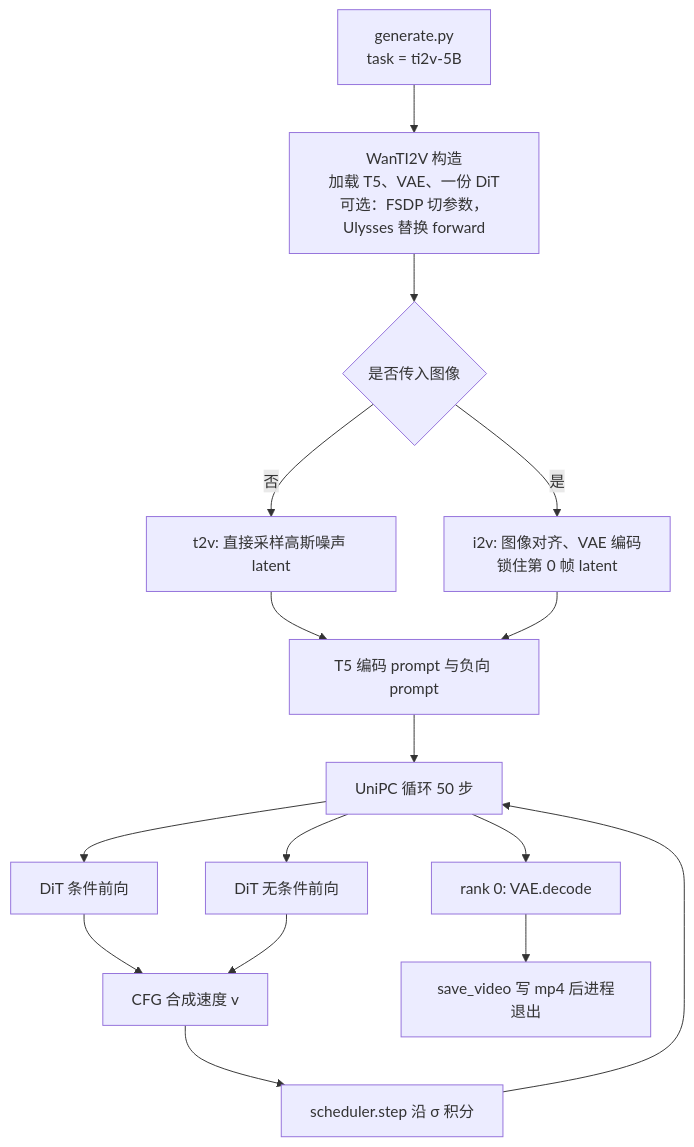
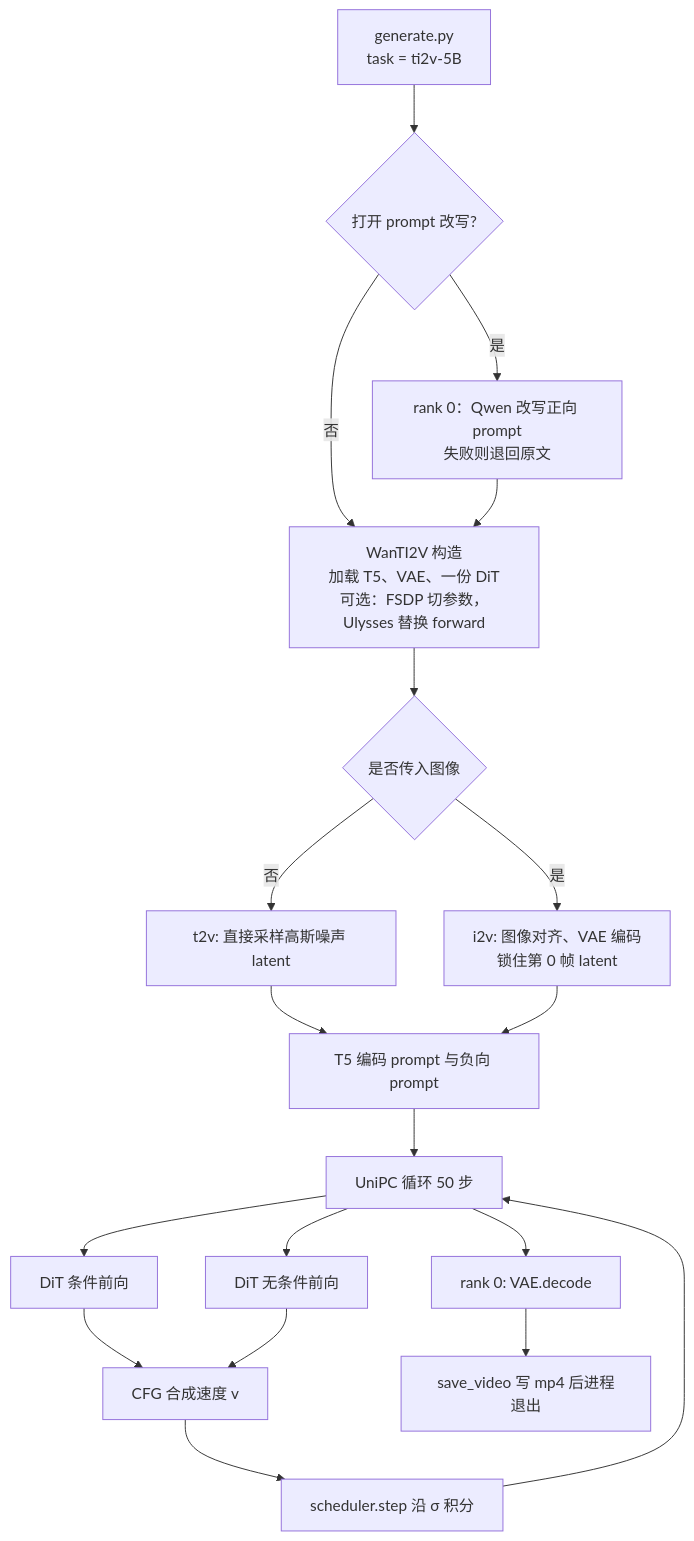
Before and after one commit to zhzssp/Wan2.2: the diagram in docs/ti2v_5b_inference.md, drawn with Mermaid. The commit also changed other lines of this file and 2 other files, not shown here.

First line of the commit message:
整理 SME ARM 迁移路线的层次，并补上 prompt 改写说明。

````diff
--- a/docs/ti2v_5b_inference.md
+++ b/docs/ti2v_5b_inference.md
@@ -156,18 +156,21 @@
 ```mermaid
 flowchart TD
-    A["generate.py<br/>task = ti2v-5B"] --> B["WanTI2V 构造<br/>加载 T5、VAE、一份 DiT<br/>可选：FSDP 切参数，Ulysses 替换 forward"]
+    A["generate.py<br/>task = ti2v-5B"] --> P{"打开 prompt 改写?"}
+    P -->|否| B["WanTI2V 构造<br/>加载 T5、VAE、一份 DiT<br/>可选：FSDP 切参数，Ulysses 替换 forward"]
+    P -->|是| R["rank 0：Qwen 改写正向 prompt<br/>失败则退回原文"]
+    R --> B
     B --> C{"是否传入图像"}
     C -->|否| D["t2v: 直接采样高斯噪声 latent"]
     C -->|是| E["i2v: 图像对齐、VAE 编码<br/>锁住第 0 帧 latent"]
     D --> F["T5 编码 prompt 与负向 prompt"]
     E --> F
     F --> G["UniPC 循环 50 步"]
     G --> H["DiT 条件前向"]
     G --> I["DiT 无条件前向"]
     H --> J["CFG 合成速度 v"]
     I --> J
     J --> K["scheduler.step 沿 σ 积分"]
     K --> G
     G --> L["rank 0: VAE.decode"]
     L --> M["save_video 写 mp4 后进程退出"]
 ```
````
